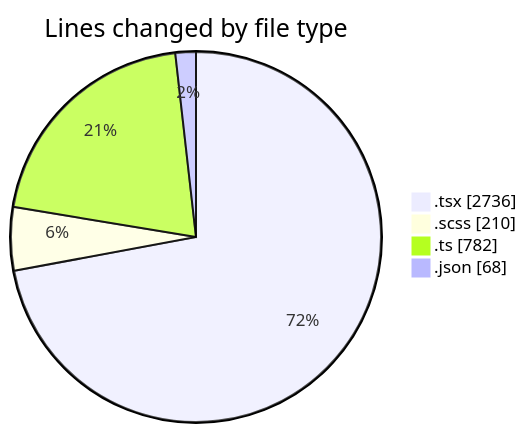
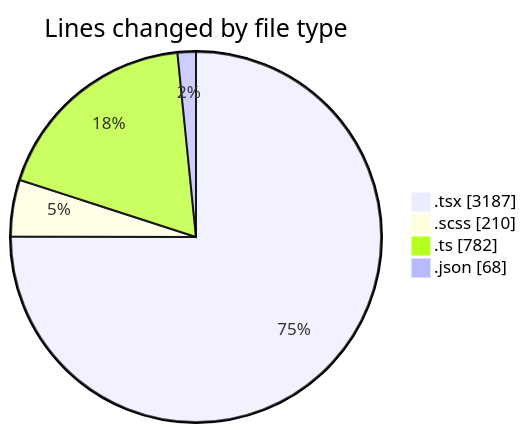
The first of 2 diagrams in 2026-05-11/cda/README.md (momahboobian/code-tracking), drawn with Mermaid before and after one commit. The commit also changed other lines of this file and 1 other file, not shown here.

````diff
--- a/2026-05-11/cda/README.md
+++ b/2026-05-11/cda/README.md
@@ -44,8 +46,8 @@
 ```mermaid
 pie showData
 title Lines changed by file type
-".tsx" : 2736
+".tsx" : 3187
 ".scss" : 210
 ".ts" : 782
 ".json" : 68
 ```
````
